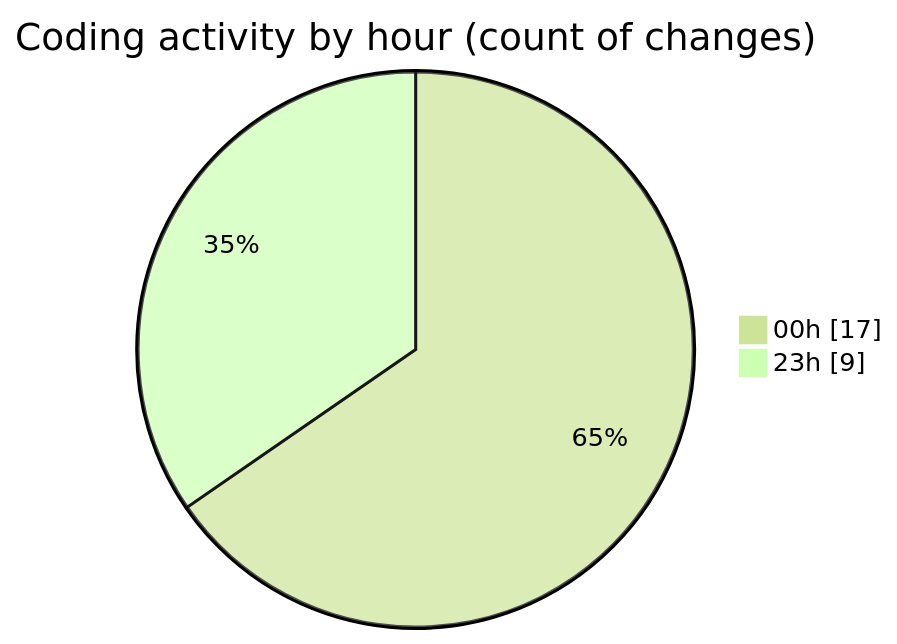
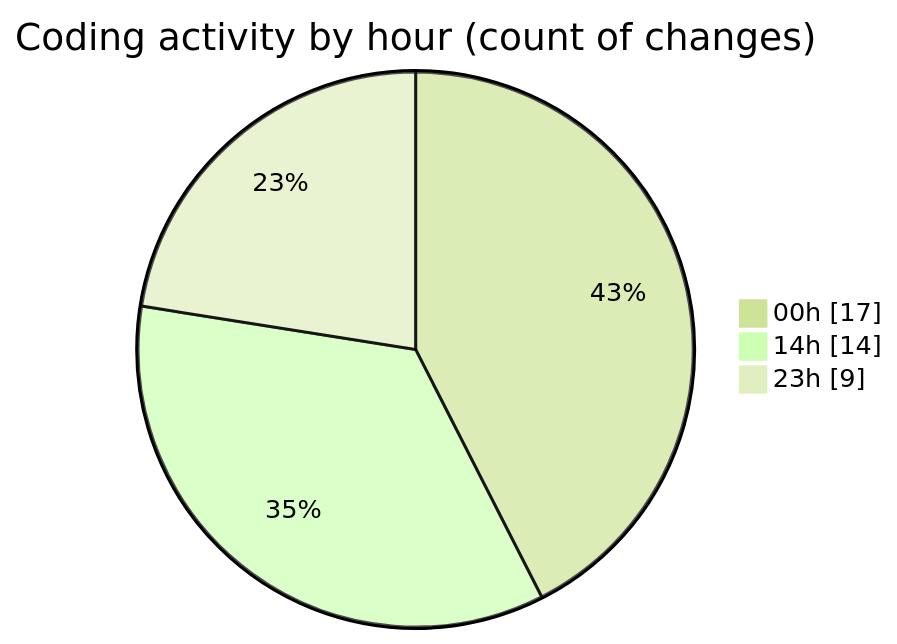
The second of 2 diagrams in 2025-07-20/mern-workoutboard/README.md (Ritupan-Deka/code-tracking), drawn with Mermaid (forest theme) before and after one commit. The commit also changed other lines of this file and 1 other file, not shown here.

````diff
--- a/2025-07-20/mern-workoutboard/README.md
+++ b/2025-07-20/mern-workoutboard/README.md
@@ -29,6 +29,7 @@
 ```mermaid
 pie showData
 title Coding activity by hour (count of changes)
 "00h" : 17
+"14h" : 14
 "23h" : 9
 ```
````
